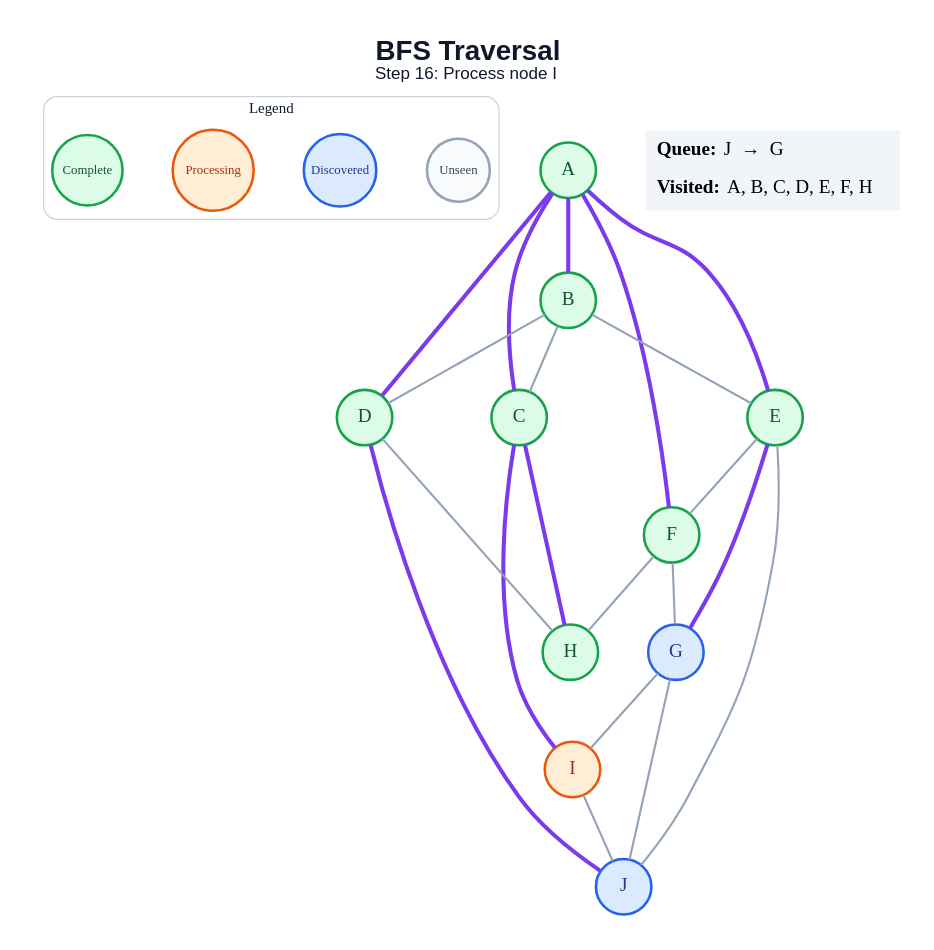
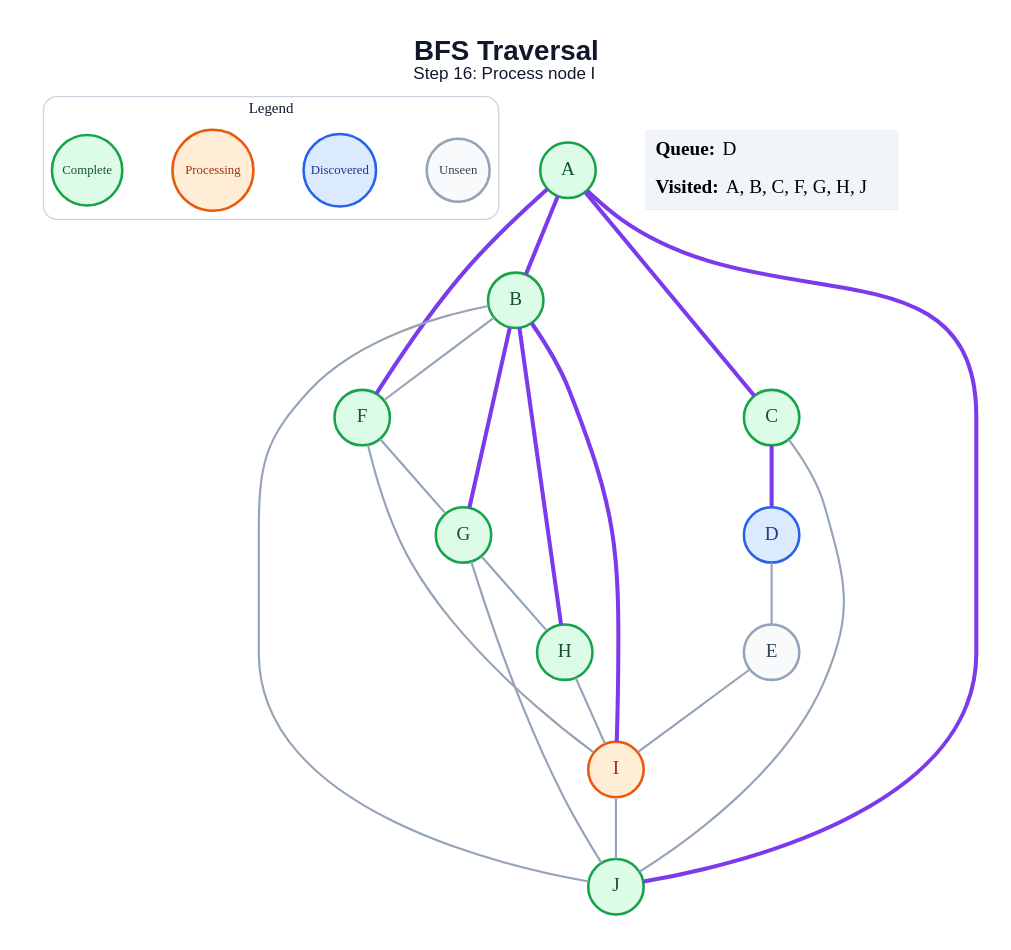
One commit to amanghodawala9/ai-slop changed the diagram in generated/bfs/step_16.dot. Above: the diagram before and after it, drawn with Graphviz. The commit also changed 178 other files, not shown here.

```diff
--- a/generated/bfs/step_16.dot
+++ b/generated/bfs/step_16.dot
@@ -1,49 +1,48 @@
 graph traversal {
   graph [layout=dot, rankdir=TB, bgcolor="#FFFFFF", pad="0.35", nodesep="0.65", ranksep="0.8", fontname="Arial"];
   node [shape=circle, style="filled", fontname="Arial Bold", fontsize=18, width=0.72, fixedsize=true, penwidth=2.4];
   edge [color="#94A3B8", penwidth=2.0];
   label=<<B>BFS Traversal</B><BR/><FONT POINT-SIZE="16">Step 16: Process node I</FONT>>; labelloc="t"; fontsize=26; fontname="Arial"; fontcolor="#0F172A";
   subgraph cluster_legend { label="Legend"; color="#CBD5E1"; penwidth=1.2; style="rounded"; fontsize=14; fontname="Arial Bold";
     key_unseen [label="Unseen", fillcolor="#F8FAFC", color="#94A3B8", fontcolor="#334155", fontsize=12, width=0.82];
     key_frontier [label="Discovered", fillcolor="#DBEAFE", color="#2563EB", fontcolor="#1E3A8A", fontsize=12, width=0.95];
     key_current [label="Processing", fillcolor="#FFEDD5", color="#EA580C", fontcolor="#9A3412", fontsize=12, width=1.05];
     key_done [label="Complete", fillcolor="#DCFCE7", color="#16A34A", fontcolor="#14532D", fontsize=12, width=0.92];
     { rank=same; key_unseen; key_frontier; key_current; key_done; }
   }
   A [fillcolor="#DCFCE7", color="#16A34A", fontcolor="#14532D"];
   B [fillcolor="#DCFCE7", color="#16A34A", fontcolor="#14532D"];
   C [fillcolor="#DCFCE7", color="#16A34A", fontcolor="#14532D"];
-  D [fillcolor="#DCFCE7", color="#16A34A", fontcolor="#14532D"];
-  E [fillcolor="#DCFCE7", color="#16A34A", fontcolor="#14532D"];
+  D [fillcolor="#DBEAFE", color="#2563EB", fontcolor="#1E3A8A"];
+  E [fillcolor="#F8FAFC", color="#94A3B8", fontcolor="#334155"];
   F [fillcolor="#DCFCE7", color="#16A34A", fontcolor="#14532D"];
-  G [fillcolor="#DBEAFE", color="#2563EB", fontcolor="#1E3A8A"];
+  G [fillcolor="#DCFCE7", color="#16A34A", fontcolor="#14532D"];
   H [fillcolor="#DCFCE7", color="#16A34A", fontcolor="#14532D"];
   I [fillcolor="#FFEDD5", color="#EA580C", fontcolor="#9A3412"];
-  J [fillcolor="#DBEAFE", color="#2563EB", fontcolor="#1E3A8A"];
+  J [fillcolor="#DCFCE7", color="#16A34A", fontcolor="#14532D"];
   A -- B [color="#7C3AED", penwidth=3.8];
   A -- C [color="#7C3AED", penwidth=3.8];
-  A -- D [color="#7C3AED", penwidth=3.8];
-  A -- E [color="#7C3AED", penwidth=3.8];
   A -- F [color="#7C3AED", penwidth=3.8];
-  B -- C;
-  B -- D;
-  B -- E;
-  C -- H [color="#7C3AED", penwidth=3.8];
-  C -- I [color="#7C3AED", penwidth=3.8];
-  D -- H;
-  D -- J [color="#7C3AED", penwidth=3.8];
-  E -- F;
-  E -- G [color="#7C3AED", penwidth=3.8];
-  E -- J;
+  A -- J [color="#7C3AED", penwidth=3.8];
+  B -- F;
+  B -- G [color="#7C3AED", penwidth=3.8];
+  B -- H [color="#7C3AED", penwidth=3.8];
+  B -- I [color="#7C3AED", penwidth=3.8];
+  B -- J;
+  C -- D [color="#7C3AED", penwidth=3.8];
+  C -- J;
+  D -- E;
+  E -- I;
   F -- G;
-  F -- H;
-  G -- I;
+  F -- I;
+  G -- H;
   G -- J;
+  H -- I;
   I -- J;
   status [shape=plain, fixedsize=false, width=0, height=0, margin=0, label=<
     <TABLE BORDER="0" CELLBORDER="0" CELLPADDING="7" BGCOLOR="#F1F5F9">
-      <TR><TD ALIGN="LEFT"><B>Queue:</B> J  →  G</TD></TR>
-      <TR><TD ALIGN="LEFT"><B>Visited:</B> A, B, C, D, E, F, H</TD></TR>
+      <TR><TD ALIGN="LEFT"><B>Queue:</B> D</TD></TR>
+      <TR><TD ALIGN="LEFT"><B>Visited:</B> A, B, C, F, G, H, J</TD></TR>
     </TABLE>
   >];
 }
```
